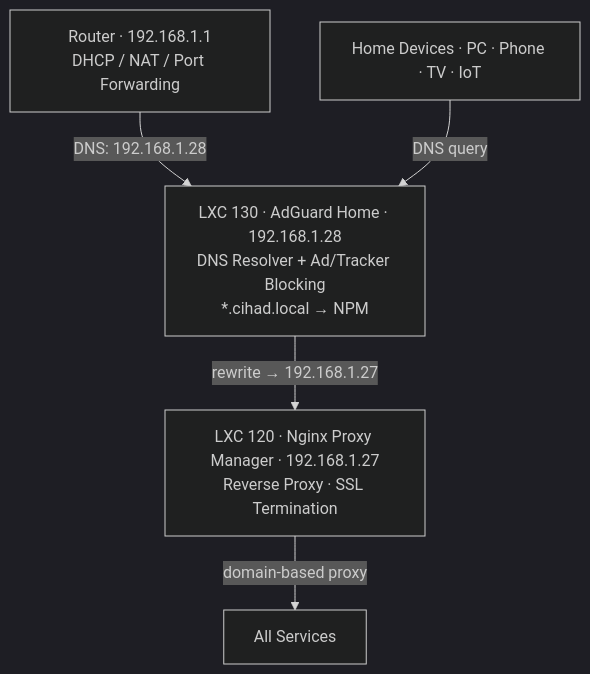
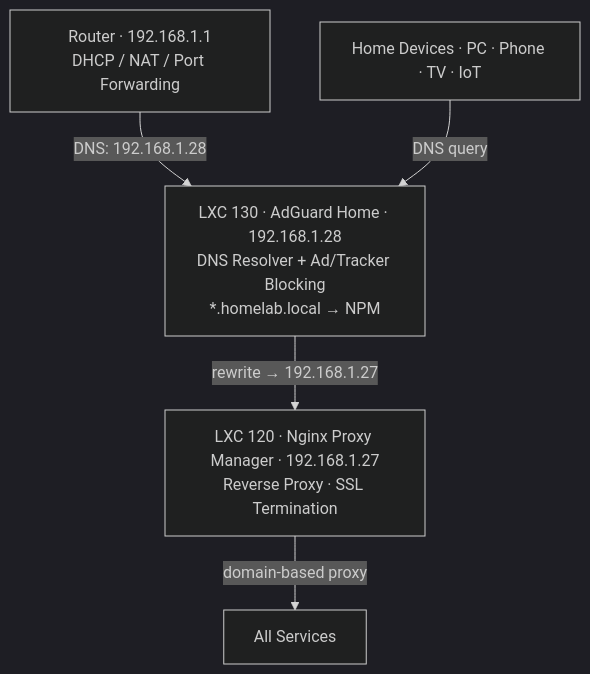
Before and after one commit to cihadkocasahan/ProxmoxHomeLab: the first of 16 diagrams in DETAILS_EN.md, drawn with Mermaid (dark theme). The commit also changed other lines of this file and 5 other files, not shown here.

Commit message:
refactor(docs): anonymize host environment to MyEnv and local domain to homelab.local

````diff
--- a/DETAILS_EN.md
+++ b/DETAILS_EN.md
@@ -28,13 +28,13 @@
 ```mermaid
 graph TD
     ROUTER["Router · 192.168.1.1\nDHCP / NAT / Port Forwarding"]
-    AG["LXC 130 · AdGuard Home · 192.168.1.28\nDNS Resolver + Ad/Tracker Blocking\n*.cihad.local → NPM"]
+    AG["LXC 130 · AdGuard Home · 192.168.1.28\nDNS Resolver + Ad/Tracker Blocking\n*.homelab.local → NPM"]
     NPM["LXC 120 · Nginx Proxy Manager · 192.168.1.27\nReverse Proxy · SSL Termination"]
     SVCS["All Services"]
     CLIENTS["Home Devices · PC · Phone · TV · IoT"]
 
     ROUTER -->|DNS: 192.168.1.28| AG
     AG -->|rewrite → 192.168.1.27| NPM
     NPM -->|domain-based proxy| SVCS
     CLIENTS -->|DNS query| AG
 ```
````
